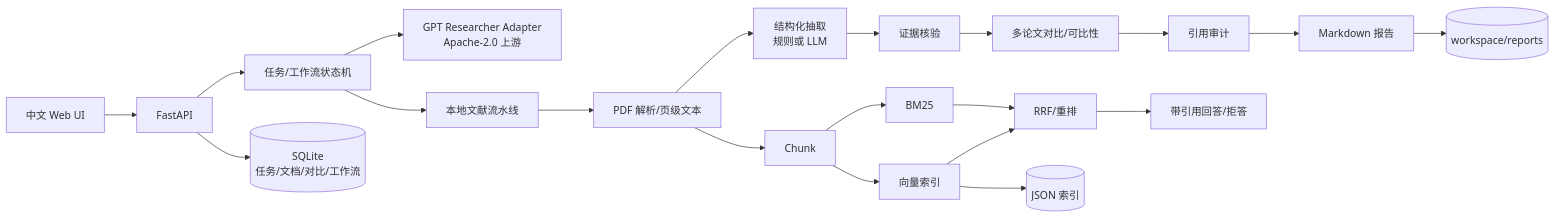
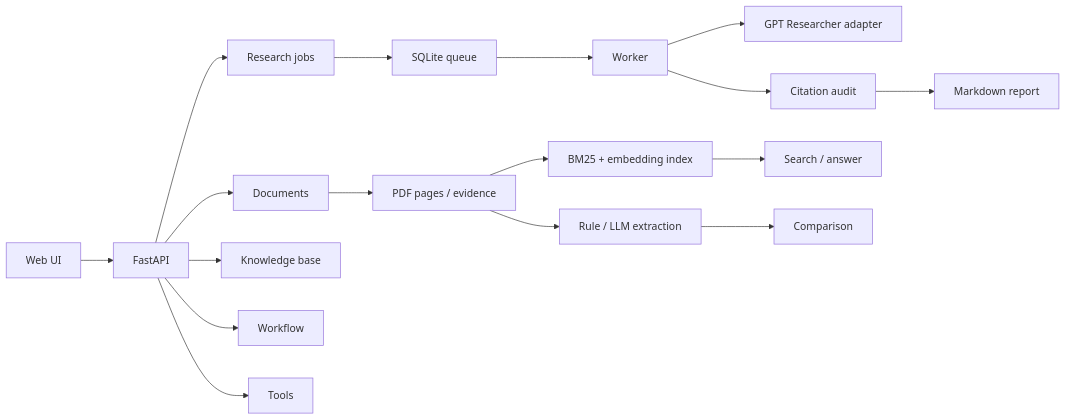
The diagram in README.md (Zhang-J1a/SpectraScholar), drawn with Mermaid before and after one commit. The commit also changed other lines of this file and 35 other files, not shown here.

````diff
--- a/README.md
+++ b/README.md
@@ -209,25 +55,21 @@
 ```mermaid
 flowchart LR
-    UI[中文 Web UI] --> API[FastAPI]
-    API --> JOB[任务/工作流状态机]
-    JOB --> GPTR[GPT Researcher Adapter<br/>Apache-2.0 上游]
-    JOB --> LOCAL[本地文献流水线]
+    UI[Web UI] --> API[FastAPI]
+    API --> JOBS[Research jobs]
+    API --> DOCS[Documents]
+    API --> KB[Knowledge base]
+    API --> WF[Workflow]
+    API --> TOOLS[Tools]
 
-    LOCAL --> PDF[PDF 解析/页级文本]
-    PDF --> EXT[结构化抽取<br/>规则或 LLM]
-    EXT --> EVI[证据核验]
-    EVI --> CMP[多论文对比/可比性]
-    CMP --> CITE[引用审计]
-    CITE --> RPT[Markdown 报告]
+    JOBS --> QUEUE[SQLite queue]
+    QUEUE --> WORKER[Worker]
+    WORKER --> GPTR[GPT Researcher adapter]
+    WORKER --> AUDIT[Citation audit]
 
-    PDF --> CHUNK[Chunk]
-    CHUNK --> BM25[BM25]
-    CHUNK --> VEC[向量索引]
-    BM25 --> RRF[RRF/重排]
-    VEC --> RRF
-    RRF --> ANS[带引用回答/拒答]
-
-    API --> DB[(SQLite<br/>任务/文档/对比/工作流)]
-    VEC --> IDX[(JSON 索引)]
-    RPT --> FS[(workspace/reports)]
+    DOCS --> PDF[PDF pages / evidence]
+    PDF --> EXTRACT[Rule / LLM extraction]
+    PDF --> INDEX[BM25 + embedding index]
+    INDEX --> RAG[Search / answer]
+    EXTRACT --> COMPARE[Comparison]
+    AUDIT --> REPORT[Markdown report]
 ```
````
